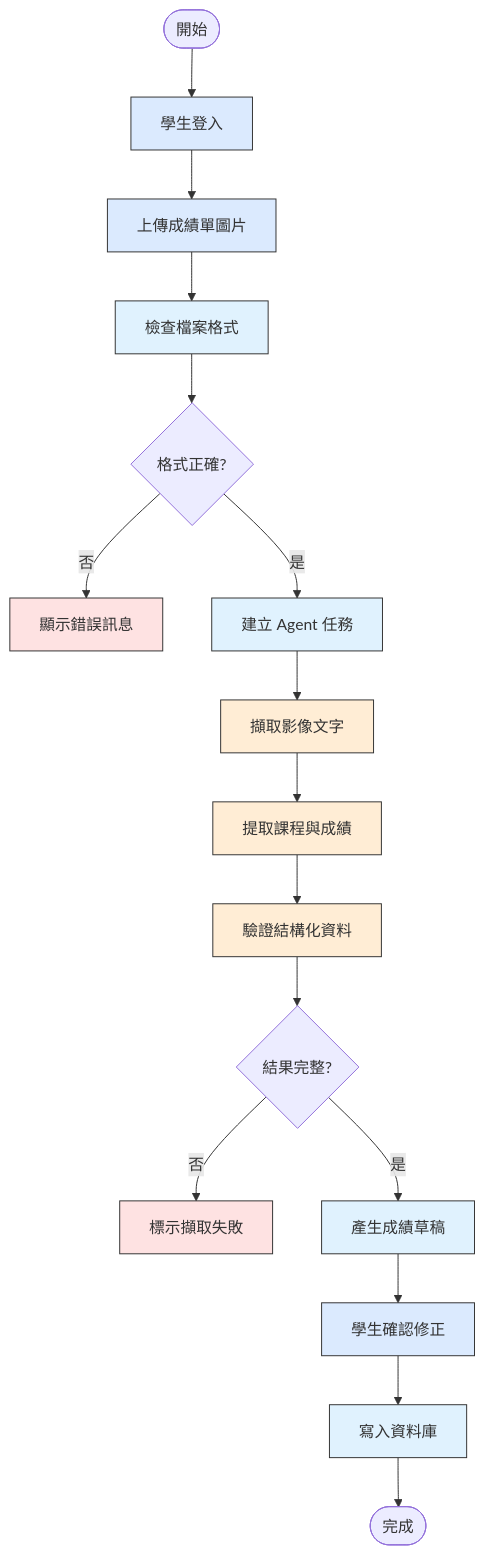
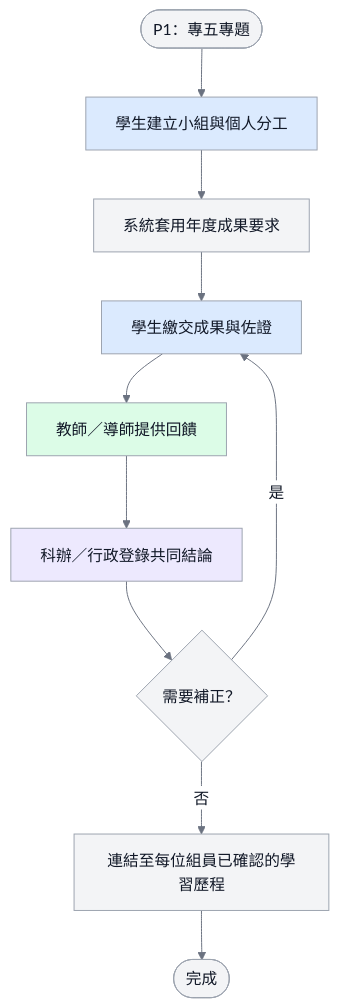
Before and after one commit to vujhdcusa/1028: the fourth of 8 diagrams in docs/04_圖表與介面/diagrams.md, drawn with Mermaid. The commit also changed other lines of this file and 16 other files, not shown here.

Commit message:
docs: correct learning portfolio flow diagrams

````diff
--- a/docs/04_圖表與介面/diagrams.md
+++ b/docs/04_圖表與介面/diagrams.md
@@ -158,23 +92,18 @@
 ```mermaid
+%%{init: {'theme':'base','themeVariables': {'fontFamily':'Microsoft JhengHei, Noto Sans TC, Arial, sans-serif','primaryColor':'#F3F4F6','primaryTextColor':'#111827','primaryBorderColor':'#9CA3AF','lineColor':'#6B7280','edgeLabelBackground':'#FFFFFF'}}}%%
 flowchart TD
-    classDef student fill:#DBEAFE,stroke:#333;
-    classDef ai fill:#FFEDD5,stroke:#333;
-    classDef backend fill:#E0F2FE,stroke:#333;
-    classDef alert fill:#FEE2E2,stroke:#333;
+    classDef student fill:#DBEAFE,stroke:#9CA3AF,color:#111827,stroke-width:1px;
+    classDef teacher fill:#DCFCE7,stroke:#9CA3AF,color:#111827,stroke-width:1px;
+    classDef staff fill:#EDE9FE,stroke:#9CA3AF,color:#111827,stroke-width:1px;
+    classDef system fill:#F3F4F6,stroke:#9CA3AF,color:#111827,stroke-width:1px;
 
-    Start([開始]) --> Login[學生登入]:::student
-    Login --> Upload[上傳成績單圖片]:::student
-    Upload --> Validate[檢查檔案格式]:::backend
-    Validate --> Valid{格式正確?}
-    Valid -- 否 --> Error[顯示錯誤訊息]:::alert
-    Valid -- 是 --> Task[建立 Agent 任務]:::backend
-    Task --> OCR[擷取影像文字]:::ai
-    OCR --> AI[提取課程與成績]:::ai
-    AI --> Schema[驗證結構化資料]:::ai
-    Schema --> OK{結果完整?}
-    OK -- 否 --> Pending[標示擷取失敗]:::alert
-    OK -- 是 --> Draft[產生成績草稿]:::backend
-    Draft --> Confirm[學生確認修正]:::student
-    Confirm --> Save[寫入資料庫]:::backend
-    Save --> End([完成])
+    Start([P1：專五專題]) --> Team[學生建立小組與個人分工]:::student
+    Team --> Template[系統套用年度成果要求]:::system
+    Template --> Submit[學生繳交成果與佐證]:::student
+    Submit --> Teacher[教師／導師提供回饋]:::teacher
+    Teacher --> Staff[科辦／行政登錄共同結論]:::staff
+    Staff --> Fix{需要補正？}
+    Fix -- 是 --> Submit
+    Fix -- 否 --> Link[連結至每位組員已確認的學習歷程]:::system
+    Link --> End([完成])
 ```
````
